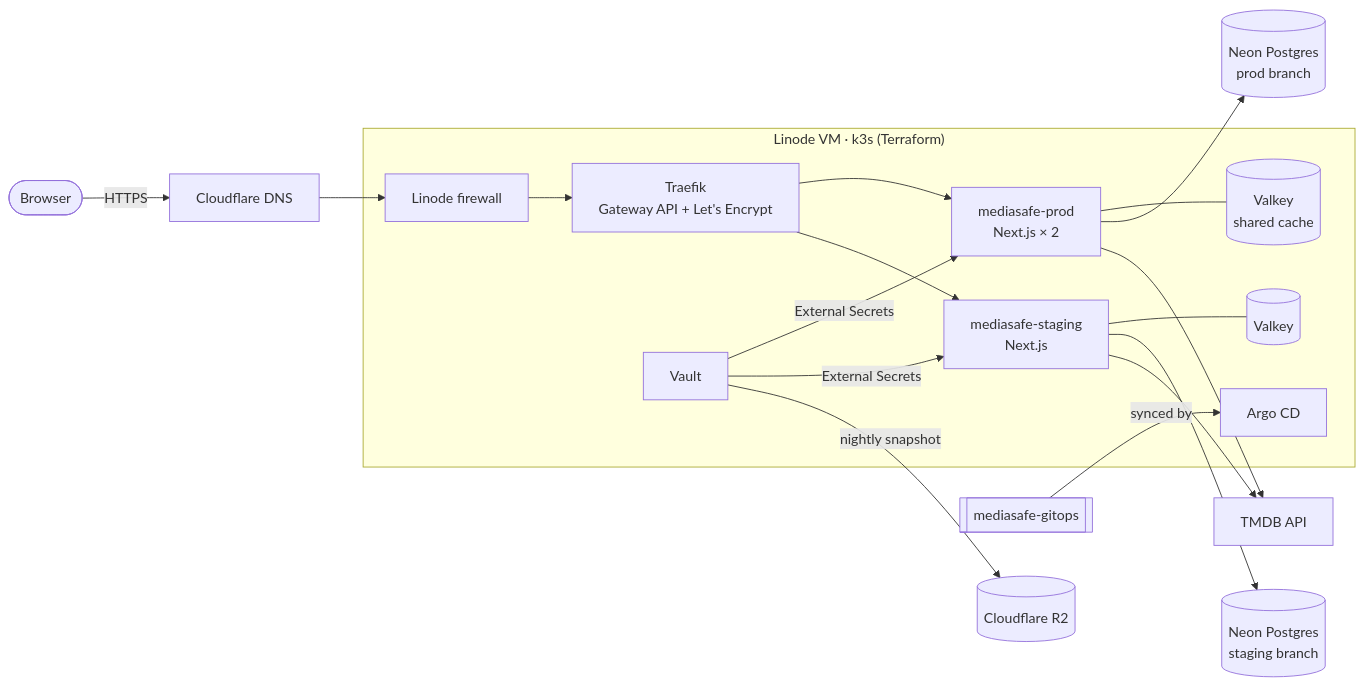
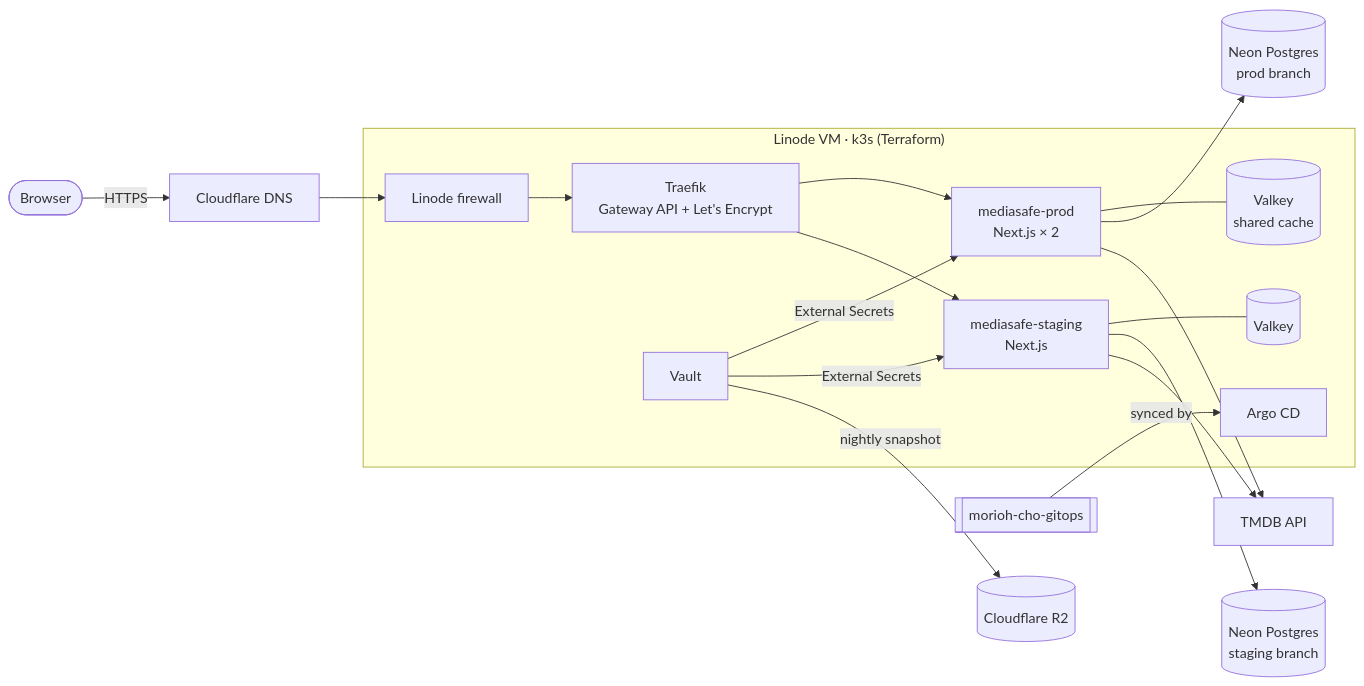
The first of 2 diagrams in README.md (Joyaroin/MediaSafe), drawn with Mermaid before and after one commit. The commit also changed other lines of this file and 8 other files, not shown here.

First line of the commit message:
Follow the gitops repo to its new name, morioh-cho-gitops

````diff
--- a/README.md
+++ b/README.md
@@ -52,22 +52,22 @@
 ```mermaid
 flowchart LR
   user([Browser]) -->|HTTPS| dns[Cloudflare DNS]
   dns --> fw[Linode firewall]
 
   subgraph vm["Linode VM · k3s (Terraform)"]
     fw --> traefik["Traefik<br/>Gateway API + Let's Encrypt"]
     traefik --> prod["mediasafe-prod<br/>Next.js × 2"]
     traefik --> staging["mediasafe-staging<br/>Next.js"]
     prod --- vprod[(Valkey<br/>shared cache)]
     staging --- vstg[(Valkey)]
     vault[Vault] -->|External Secrets| prod
     vault -->|External Secrets| staging
     argo[Argo CD]
   end
 
   prod --> neonp[(Neon Postgres<br/>prod branch)]
   staging --> neons[(Neon Postgres<br/>staging branch)]
   prod & staging --> tmdb[TMDB API]
   vault -->|nightly snapshot| r2[(Cloudflare R2)]
-  gitops[[mediasafe-gitops]] -->|synced by| argo
+  gitops[[morioh-cho-gitops]] -->|synced by| argo
 ```
````
